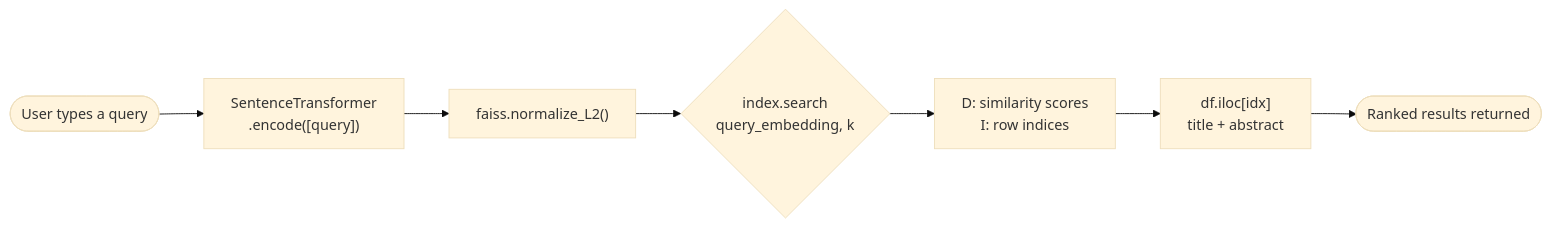
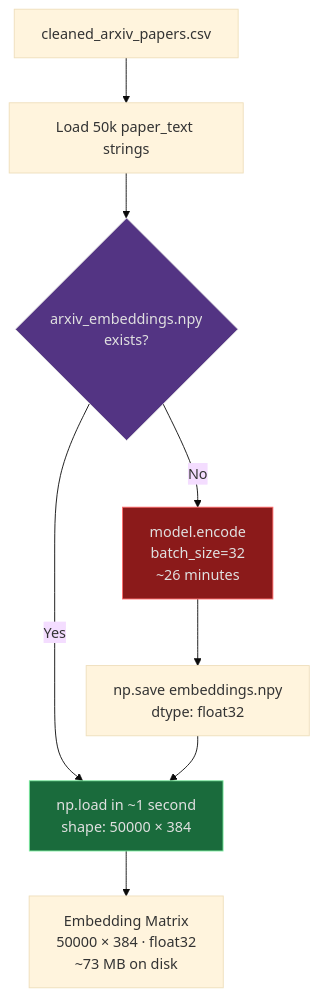
The fourth of 9 diagrams in README.md (aayushdalal/Fanite), drawn with Mermaid (base theme) before and after one commit. The commit also changed other lines of this file, not shown here.

````diff
--- a/README.md
+++ b/README.md
@@ -282,9 +198,16 @@
 ```mermaid
-flowchart LR
-    A(["User types a query"]) --> B["SentenceTransformer<br/>.encode([query])"]
-    B --> C["faiss.normalize_L2()"]
-    C --> D{"index.search<br/>query_embedding, k"}
-    D --> E["D: similarity scores<br/>I: row indices"]
-    E --> F["df.iloc[idx]<br/>title + abstract"]
-    F --> G(["Ranked results returned"])
+flowchart TD
+    A[cleaned_arxiv_papers.csv] --> B[Load 50k paper_text strings]
+    B --> C{arxiv_embeddings.npy<br/>exists?}
+
+    C -- Yes --> D[np.load in ~1 second<br/>shape: 50000 × 384]
+    C -- No --> E[model.encode<br/>batch_size=32<br/>~26 minutes]
+    E --> F[np.save embeddings.npy<br/>dtype: float32]
+    F --> D
+
+    D --> G[Embedding Matrix<br/>50000 × 384 · float32<br/>~73 MB on disk]
+
+    style C fill:#533483,stroke:#e0e0e0,color:#e0e0e0
+    style D fill:#1a6b3c,stroke:#7bed9f,color:#e0e0e0
+    style E fill:#8b1a1a,stroke:#ff6b6b,color:#e0e0e0
 ```
````
